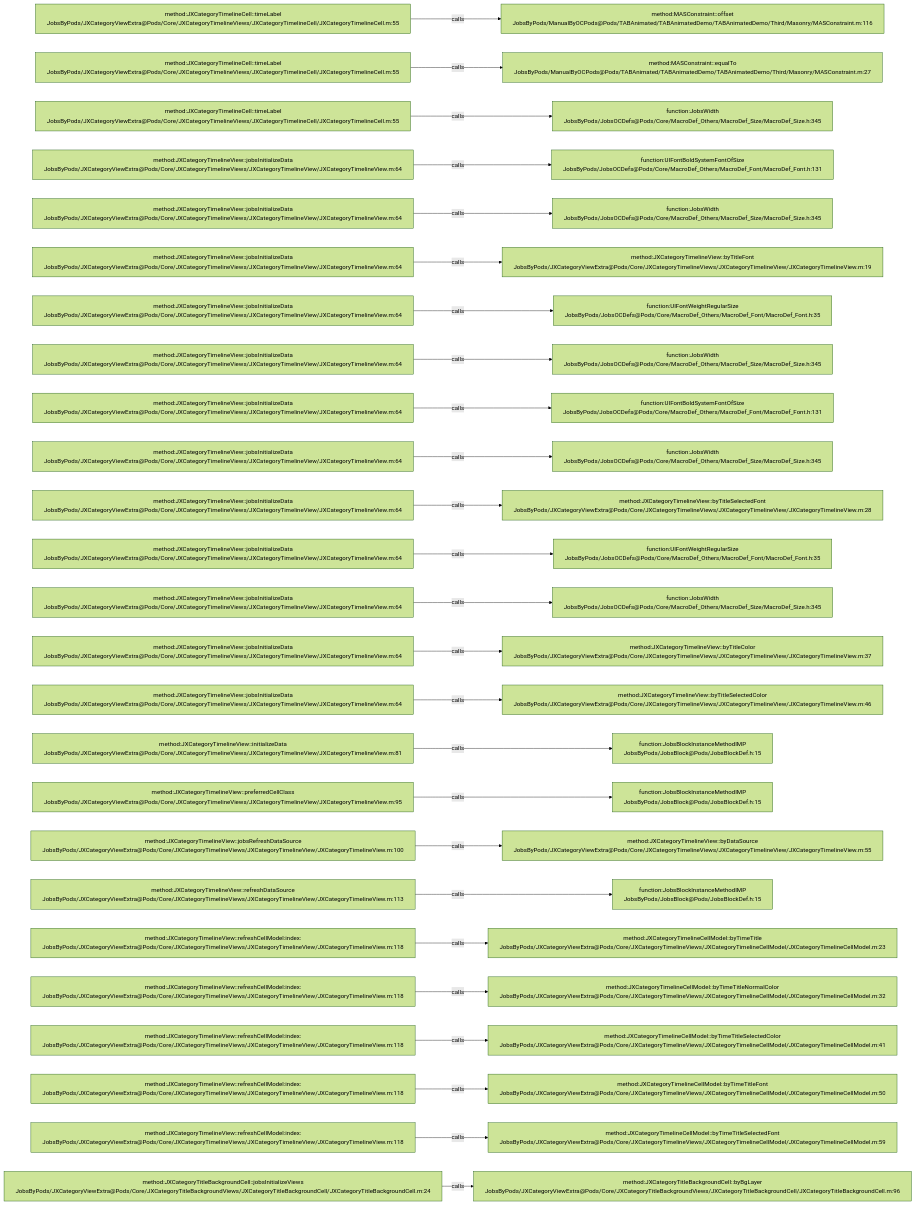
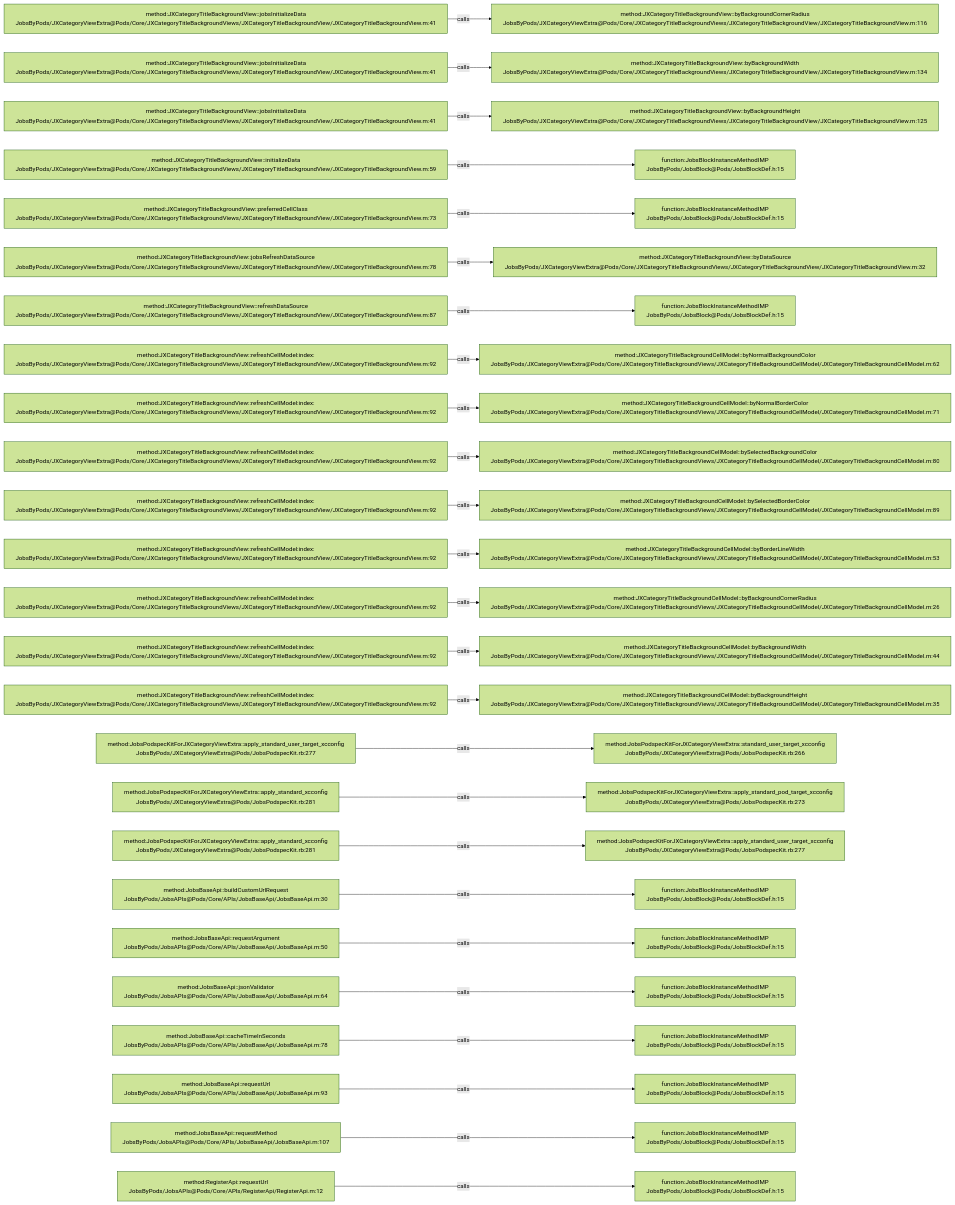
Before and after one commit to JobsKits/JobsOCBaseConfigDemo: the diagram in .codegraph/codegraph.md/graphs/calls-049.md, drawn with Mermaid (forest theme). The commit also changed 223 other files, not shown here.

````diff
--- a/.codegraph/codegraph.md/graphs/calls-049.md
+++ b/.codegraph/codegraph.md/graphs/calls-049.md
@@ -13,78 +13,78 @@
 ```mermaid
 flowchart LR
-  S1["method:JXCategoryTimelineCell::timeLabel<br/>JobsByPods/JXCategoryViewExtra@Pods/Core/JXCategoryTimelineViews/JXCategoryTimelineCell/JXCategoryTimelineCell.m:55"]
-  T1["method:MASConstraint::offset<br/>JobsByPods/ManualByOCPods@Pods/TABAnimated/TABAnimatedDemo/TABAnimatedDemo/Third/Masonry/MASConstraint.m:116"]
+  S1["method:JXCategoryTitleBackgroundView::jobsInitializeData<br/>JobsByPods/JXCategoryViewExtra@Pods/Core/JXCategoryTitleBackgroundViews/JXCategoryTitleBackgroundView/JXCategoryTitleBackgroundView.m:41"]
+  T1["method:JXCategoryTitleBackgroundView::byBackgroundCornerRadius<br/>JobsByPods/JXCategoryViewExtra@Pods/Core/JXCategoryTitleBackgroundViews/JXCategoryTitleBackgroundView/JXCategoryTitleBackgroundView.m:116"]
   S1 -->|calls| T1
-  S2["method:JXCategoryTimelineCell::timeLabel<br/>JobsByPods/JXCategoryViewExtra@Pods/Core/JXCategoryTimelineViews/JXCategoryTimelineCell/JXCategoryTimelineCell.m:55"]
-  T2["method:MASConstraint::equalTo<br/>JobsByPods/ManualByOCPods@Pods/TABAnimated/TABAnimatedDemo/TABAnimatedDemo/Third/Masonry/MASConstraint.m:27"]
+  S2["method:JXCategoryTitleBackgroundView::jobsInitializeData<br/>JobsByPods/JXCategoryViewExtra@Pods/Core/JXCategoryTitleBackgroundViews/JXCategoryTitleBackgroundView/JXCategoryTitleBackgroundView.m:41"]
+  T2["method:JXCategoryTitleBackgroundView::byBackgroundWidth<br/>JobsByPods/JXCategoryViewExtra@Pods/Core/JXCategoryTitleBackgroundViews/JXCategoryTitleBackgroundView/JXCategoryTitleBackgroundView.m:134"]
   S2 -->|calls| T2
-  S3["method:JXCategoryTimelineCell::timeLabel<br/>JobsByPods/JXCategoryViewExtra@Pods/Core/JXCategoryTimelineViews/JXCategoryTimelineCell/JXCategoryTimelineCell.m:55"]
-  T3["function:JobsWidth<br/>JobsByPods/JobsOCDefs@Pods/Core/MacroDef_Others/MacroDef_Size/MacroDef_Size.h:345"]
+  S3["method:JXCategoryTitleBackgroundView::jobsInitializeData<br/>JobsByPods/JXCategoryViewExtra@Pods/Core/JXCategoryTitleBackgroundViews/JXCategoryTitleBackgroundView/JXCategoryTitleBackgroundView.m:41"]
+  T3["method:JXCategoryTitleBackgroundView::byBackgroundHeight<br/>JobsByPods/JXCategoryViewExtra@Pods/Core/JXCategoryTitleBackgroundViews/JXCategoryTitleBackgroundView/JXCategoryTitleBackgroundView.m:125"]
   S3 -->|calls| T3
-  S4["method:JXCategoryTimelineView::jobsInitializeData<br/>JobsByPods/JXCategoryViewExtra@Pods/Core/JXCategoryTimelineViews/JXCategoryTimelineView/JXCategoryTimelineView.m:64"]
-  T4["function:UIFontBoldSystemFontOfSize<br/>JobsByPods/JobsOCDefs@Pods/Core/MacroDef_Others/MacroDef_Font/MacroDef_Font.h:131"]
+  S4["method:JXCategoryTitleBackgroundView::initializeData<br/>JobsByPods/JXCategoryViewExtra@Pods/Core/JXCategoryTitleBackgroundViews/JXCategoryTitleBackgroundView/JXCategoryTitleBackgroundView.m:59"]
+  T4["function:JobsBlockInstanceMethodIMP<br/>JobsByPods/JobsBlock@Pods/JobsBlockDef.h:15"]
   S4 -->|calls| T4
-  S5["method:JXCategoryTimelineView::jobsInitializeData<br/>JobsByPods/JXCategoryViewExtra@Pods/Core/JXCategoryTimelineViews/JXCategoryTimelineView/JXCategoryTimelineView.m:64"]
-  T5["function:JobsWidth<br/>JobsByPods/JobsOCDefs@Pods/Core/MacroDef_Others/MacroDef_Size/MacroDef_Size.h:345"]
+  S5["method:JXCategoryTitleBackgroundView::preferredCellClass<br/>JobsByPods/JXCategoryViewExtra@Pods/Core/JXCategoryTitleBackgroundViews/JXCategoryTitleBackgroundView/JXCategoryTitleBackgroundView.m:73"]
+  T5["function:JobsBlockInstanceMethodIMP<br/>JobsByPods/JobsBlock@Pods/JobsBlockDef.h:15"]
   S5 -->|calls| T5
-  S6["method:JXCategoryTimelineView::jobsInitializeData<br/>JobsByPods/JXCategoryViewExtra@Pods/Core/JXCategoryTimelineViews/JXCategoryTimelineView/JXCategoryTimelineView.m:64"]
-  T6["method:JXCategoryTimelineView::byTitleFont<br/>JobsByPods/JXCategoryViewExtra@Pods/Core/JXCategoryTimelineViews/JXCategoryTimelineView/JXCategoryTimelineView.m:19"]
+  S6["method:JXCategoryTitleBackgroundView::jobsRefreshDataSource<br/>JobsByPods/JXCategoryViewExtra@Pods/Core/JXCategoryTitleBackgroundViews/JXCategoryTitleBackgroundView/JXCategoryTitleBackgroundView.m:78"]
+  T6["method:JXCategoryTitleBackgroundView::byDataSource<br/>JobsByPods/JXCategoryViewExtra@Pods/Core/JXCategoryTitleBackgroundViews/JXCategoryTitleBackgroundView/JXCategoryTitleBackgroundView.m:32"]
   S6 -->|calls| T6
-  S7["method:JXCategoryTimelineView::jobsInitializeData<br/>JobsByPods/JXCategoryViewExtra@Pods/Core/JXCategoryTimelineViews/JXCategoryTimelineView/JXCategoryTimelineView.m:64"]
-  T7["function:UIFontWeightRegularSize<br/>JobsByPods/JobsOCDefs@Pods/Core/MacroDef_Others/MacroDef_Font/MacroDef_Font.h:35"]
+  S7["method:JXCategoryTitleBackgroundView::refreshDataSource<br/>JobsByPods/JXCategoryViewExtra@Pods/Core/JXCategoryTitleBackgroundViews/JXCategoryTitleBackgroundView/JXCategoryTitleBackgroundView.m:87"]
+  T7["function:JobsBlockInstanceMethodIMP<br/>JobsByPods/JobsBlock@Pods/JobsBlockDef.h:15"]
   S7 -->|calls| T7
-  S8["method:JXCategoryTimelineView::jobsInitializeData<br/>JobsByPods/JXCategoryViewExtra@Pods/Core/JXCategoryTimelineViews/JXCategoryTimelineView/JXCategoryTimelineView.m:64"]
-  T8["function:JobsWidth<br/>JobsByPods/JobsOCDefs@Pods/Core/MacroDef_Others/MacroDef_Size/MacroDef_Size.h:345"]
+  S8["method:JXCategoryTitleBackgroundView::refreshCellModel:index:<br/>JobsByPods/JXCategoryViewExtra@Pods/Core/JXCategoryTitleBackgroundViews/JXCategoryTitleBackgroundView/JXCategoryTitleBackgroundView.m:92"]
+  T8["method:JXCategoryTitleBackgroundCellModel::byNormalBackgroundColor<br/>JobsByPods/JXCategoryViewExtra@Pods/Core/JXCategoryTitleBackgroundViews/JXCategoryTitleBackgroundCellModel/JXCategoryTitleBackgroundCellModel.m:62"]
   S8 -->|calls| T8
-  S9["method:JXCategoryTimelineView::jobsInitializeData<br/>JobsByPods/JXCategoryViewExtra@Pods/Core/JXCategoryTimelineViews/JXCategoryTimelineView/JXCategoryTimelineView.m:64"]
-  T9["function:UIFontBoldSystemFontOfSize<br/>JobsByPods/JobsOCDefs@Pods/Core/MacroDef_Others/MacroDef_Font/MacroDef_Font.h:131"]
+  S9["method:JXCategoryTitleBackgroundView::refreshCellModel:index:<br/>JobsByPods/JXCategoryViewExtra@Pods/Core/JXCategoryTitleBackgroundViews/JXCategoryTitleBackgroundView/JXCategoryTitleBackgroundView.m:92"]
+  T9["method:JXCategoryTitleBackgroundCellModel::byNormalBorderColor<br/>JobsByPods/JXCategoryViewExtra@Pods/Core/JXCategoryTitleBackgroundViews/JXCategoryTitleBackgroundCellModel/JXCategoryTitleBackgroundCellModel.m:71"]
   S9 -->|calls| T9
-  S10["method:JXCategoryTimelineView::jobsInitializeData<br/>JobsByPods/JXCategoryViewExtra@Pods/Core/JXCategoryTimelineViews/JXCategoryTimelineView/JXCategoryTimelineView.m:64"]
-  T10["function:JobsWidth<br/>JobsByPods/JobsOCDefs@Pods/Core/MacroDef_Others/MacroDef_Size/MacroDef_Size.h:345"]
+  S10["method:JXCategoryTitleBackgroundView::refreshCellModel:index:<br/>JobsByPods/JXCategoryViewExtra@Pods/Core/JXCategoryTitleBackgroundViews/JXCategoryTitleBackgroundView/JXCategoryTitleBackgroundView.m:92"]
+  T10["method:JXCategoryTitleBackgroundCellModel::bySelectedBackgroundColor<br/>JobsByPods/JXCategoryViewExtra@Pods/Core/JXCategoryTitleBackgroundViews/JXCategoryTitleBackgroundCellModel/JXCategoryTitleBackgroundCellModel.m:80"]
   S10 -->|calls| T10
-  S11["method:JXCategoryTimelineView::jobsInitializeData<br/>JobsByPods/JXCategoryViewExtra@Pods/Core/JXCategoryTimelineViews/JXCategoryTimelineView/JXCategoryTimelineView.m:64"]
-  T11["method:JXCategoryTimelineView::byTitleSelectedFont<br/>JobsByPods/JXCategoryViewExtra@Pods/Core/JXCategoryTimelineViews/JXCategoryTimelineView/JXCategoryTimelineView.m:28"]
+  S11["method:JXCategoryTitleBackgroundView::refreshCellModel:index:<br/>JobsByPods/JXCategoryViewExtra@Pods/Core/JXCategoryTitleBackgroundViews/JXCategoryTitleBackgroundView/JXCategoryTitleBackgroundView.m:92"]
+  T11["method:JXCategoryTitleBackgroundCellModel::bySelectedBorderColor<br/>JobsByPods/JXCategoryViewExtra@Pods/Core/JXCategoryTitleBackgroundViews/JXCategoryTitleBackgroundCellModel/JXCategoryTitleBackgroundCellModel.m:89"]
   S11 -->|calls| T11
-  S12["method:JXCategoryTimelineView::jobsInitializeData<br/>JobsByPods/JXCategoryViewExtra@Pods/Core/JXCategoryTimelineViews/JXCategoryTimelineView/JXCategoryTimelineView.m:64"]
-  T12["function:UIFontWeightRegularSize<br/>JobsByPods/JobsOCDefs@Pods/Core/MacroDef_Others/MacroDef_Font/MacroDef_Font.h:35"]
+  S12["method:JXCategoryTitleBackgroundView::refreshCellModel:index:<br/>JobsByPods/JXCategoryViewExtra@Pods/Core/JXCategoryTitleBackgroundViews/JXCategoryTitleBackgroundView/JXCategoryTitleBackgroundView.m:92"]
+  T12["method:JXCategoryTitleBackgroundCellModel::byBorderLineWidth<br/>JobsByPods/JXCategoryViewExtra@Pods/Core/JXCategoryTitleBackgroundViews/JXCategoryTitleBackgroundCellModel/JXCategoryTitleBackgroundCellModel.m:53"]
   S12 -->|calls| T12
-  S13["method:JXCategoryTimelineView::jobsInitializeData<br/>JobsByPods/JXCategoryViewExtra@Pods/Core/JXCategoryTimelineViews/JXCategoryTimelineView/JXCategoryTimelineView.m:64"]
-  T13["function:JobsWidth<br/>JobsByPods/JobsOCDefs@Pods/Core/MacroDef_Others/MacroDef_Size/MacroDef_Size.h:345"]
+  S13["method:JXCategoryTitleBackgroundView::refreshCellModel:index:<br/>JobsByPods/JXCategoryViewExtra@Pods/Core/JXCategoryTitleBackgroundViews/JXCategoryTitleBackgroundView/JXCategoryTitleBackgroundView.m:92"]
+  T13["method:JXCategoryTitleBackgroundCellModel::byBackgroundCornerRadius<br/>JobsByPods/JXCategoryViewExtra@Pods/Core/JXCategoryTitleBackgroundViews/JXCategoryTitleBackgroundCellModel/JXCategoryTitleBackgroundCellModel.m:26"]
   S13 -->|calls| T13
-  S14["method:JXCategoryTimelineView::jobsInitializeData<br/>JobsByPods/JXCategoryViewExtra@Pods/Core/JXCategoryTimelineViews/JXCategoryTimelineView/JXCategoryTimelineView.m:64"]
-  T14["method:JXCategoryTimelineView::byTitleColor<br/>JobsByPods/JXCategoryViewExtra@Pods/Core/JXCategoryTimelineViews/JXCategoryTimelineView/JXCategoryTimelineView.m:37"]
+  S14["method:JXCategoryTitleBackgroundView::refreshCellModel:index:<br/>JobsByPods/JXCategoryViewExtra@Pods/Core/JXCategoryTitleBackgroundViews/JXCategoryTitleBackgroundView/JXCategoryTitleBackgroundView.m:92"]
+  T14["method:JXCategoryTitleBackgroundCellModel::byBackgroundWidth<br/>JobsByPods/JXCategoryViewExtra@Pods/Core/JXCategoryTitleBackgroundViews/JXCategoryTitleBackgroundCellModel/JXCategoryTitleBackgroundCellModel.m:44"]
   S14 -->|calls| T14
-  S15["method:JXCategoryTimelineView::jobsInitializeData<br/>JobsByPods/JXCategoryViewExtra@Pods/Core/JXCategoryTimelineViews/JXCategoryTimelineView/JXCategoryTimelineView.m:64"]
-  T15["method:JXCategoryTimelineView::byTitleSelectedColor<br/>JobsByPods/JXCategoryViewExtra@Pods/Core/JXCategoryTimelineViews/JXCategoryTimelineView/JXCategoryTimelineView.m:46"]
+  S15["method:JXCategoryTitleBackgroundView::refreshCellModel:index:<br/>JobsByPods/JXCategoryViewExtra@Pods/Core/JXCategoryTitleBackgroundViews/JXCategoryTitleBackgroundView/JXCategoryTitleBackgroundView.m:92"]
+  T15["method:JXCategoryTitleBackgroundCellModel::byBackgroundHeight<br/>JobsByPods/JXCategoryViewExtra@Pods/Core/JXCategoryTitleBackgroundViews/JXCategoryTitleBackgroundCellModel/JXCategoryTitleBackgroundCellModel.m:35"]
   S15 -->|calls| T15
-  S16["method:JXCategoryTimelineView::initializeData<br/>JobsByPods/JXCategoryViewExtra@Pods/Core/JXCategoryTimelineViews/JXCategoryTimelineView/JXCategoryTimelineView.m:81"]
-  T16["function:JobsBlockInstanceMethodIMP<br/>JobsByPods/JobsBlock@Pods/JobsBlockDef.h:15"]
+  S16["method:JobsPodspecKitForJXCategoryViewExtra::apply_standard_user_target_xcconfig<br/>JobsByPods/JXCategoryViewExtra@Pods/JobsPodspecKit.rb:277"]
+  T16["method:JobsPodspecKitForJXCategoryViewExtra::standard_user_target_xcconfig<br/>JobsByPods/JXCategoryViewExtra@Pods/JobsPodspecKit.rb:266"]
   S16 -->|calls| T16
-  S17["method:JXCategoryTimelineView::preferredCellClass<br/>JobsByPods/JXCategoryViewExtra@Pods/Core/JXCategoryTimelineViews/JXCategoryTimelineView/JXCategoryTimelineView.m:95"]
-  T17["function:JobsBlockInstanceMethodIMP<br/>JobsByPods/JobsBlock@Pods/JobsBlockDef.h:15"]
+  S17["method:JobsPodspecKitForJXCategoryViewExtra::apply_standard_xcconfig<br/>JobsByPods/JXCategoryViewExtra@Pods/JobsPodspecKit.rb:281"]
+  T17["method:JobsPodspecKitForJXCategoryViewExtra::apply_standard_pod_target_xcconfig<br/>JobsByPods/JXCategoryViewExtra@Pods/JobsPodspecKit.rb:273"]
   S17 -->|calls| T17
-  S18["method:JXCategoryTimelineView::jobsRefreshDataSource<br/>JobsByPods/JXCategoryViewExtra@Pods/Core/JXCategoryTimelineViews/JXCategoryTimelineView/JXCategoryTimelineView.m:100"]
-  T18["method:JXCategoryTimelineView::byDataSource<br/>JobsByPods/JXCategoryViewExtra@Pods/Core/JXCategoryTimelineViews/JXCategoryTimelineView/JXCategoryTimelineView.m:55"]
+  S18["method:JobsPodspecKitForJXCategoryViewExtra::apply_standard_xcconfig<br/>JobsByPods/JXCategoryViewExtra@Pods/JobsPodspecKit.rb:281"]
+  T18["method:JobsPodspecKitForJXCategoryViewExtra::apply_standard_user_target_xcconfig<br/>JobsByPods/JXCategoryViewExtra@Pods/JobsPodspecKit.rb:277"]
   S18 -->|calls| T18
-  S19["method:JXCategoryTimelineView::refreshDataSource<br/>JobsByPods/JXCategoryViewExtra@Pods/Core/JXCategoryTimelineViews/JXCategoryTimelineView/JXCategoryTimelineView.m:113"]
+  S19["method:JobsBaseApi::buildCustomUrlRequest<br/>JobsByPods/JobsAPIs@Pods/Core/APIs/JobsBaseApi/JobsBaseApi.m:30"]
   T19["function:JobsBlockInstanceMethodIMP<br/>JobsByPods/JobsBlock@Pods/JobsBlockDef.h:15"]
   S19 -->|calls| T19
-  S20["method:JXCategoryTimelineView::refreshCellModel:index:<br/>JobsByPods/JXCategoryViewExtra@Pods/Core/JXCategoryTimelineViews/JXCategoryTimelineView/JXCategoryTimelineView.m:118"]
-  T20["method:JXCategoryTimelineCellModel::byTimeTitle<br/>JobsByPods/JXCategoryViewExtra@Pods/Core/JXCategoryTimelineViews/JXCategoryTimelineCellModel/JXCategoryTimelineCellModel.m:23"]
+  S20["method:JobsBaseApi::requestArgument<br/>JobsByPods/JobsAPIs@Pods/Core/APIs/JobsBaseApi/JobsBaseApi.m:50"]
+  T20["function:JobsBlockInstanceMethodIMP<br/>JobsByPods/JobsBlock@Pods/JobsBlockDef.h:15"]
   S20 -->|calls| T20
-  S21["method:JXCategoryTimelineView::refreshCellModel:index:<br/>JobsByPods/JXCategoryViewExtra@Pods/Core/JXCategoryTimelineViews/JXCategoryTimelineView/JXCategoryTimelineView.m:118"]
-  T21["method:JXCategoryTimelineCellModel::byTimeTitleNormalColor<br/>JobsByPods/JXCategoryViewExtra@Pods/Core/JXCategoryTimelineViews/JXCategoryTimelineCellModel/JXCategoryTimelineCellModel.m:32"]
+  S21["method:JobsBaseApi::jsonValidator<br/>JobsByPods/JobsAPIs@Pods/Core/APIs/JobsBaseApi/JobsBaseApi.m:64"]
+  T21["function:JobsBlockInstanceMethodIMP<br/>JobsByPods/JobsBlock@Pods/JobsBlockDef.h:15"]
   S21 -->|calls| T21
-  S22["method:JXCategoryTimelineView::refreshCellModel:index:<br/>JobsByPods/JXCategoryViewExtra@Pods/Core/JXCategoryTimelineViews/JXCategoryTimelineView/JXCategoryTimelineView.m:118"]
-  T22["method:JXCategoryTimelineCellModel::byTimeTitleSelectedColor<br/>JobsByPods/JXCategoryViewExtra@Pods/Core/JXCategoryTimelineViews/JXCategoryTimelineCellModel/JXCategoryTimelineCellModel.m:41"]
+  S22["method:JobsBaseApi::cacheTimeInSeconds<br/>JobsByPods/JobsAPIs@Pods/Core/APIs/JobsBaseApi/JobsBaseApi.m:78"]
+  T22["function:JobsBlockInstanceMethodIMP<br/>JobsByPods/JobsBlock@Pods/JobsBlockDef.h:15"]
   S22 -->|calls| T22
-  S23["method:JXCategoryTimelineView::refreshCellModel:index:<br/>JobsByPods/JXCategoryViewExtra@Pods/Core/JXCategoryTimelineViews/JXCategoryTimelineView/JXCategoryTimelineView.m:118"]
-  T23["method:JXCategoryTimelineCellModel::byTimeTitleFont<br/>JobsByPods/JXCategoryViewExtra@Pods/Core/JXCategoryTimelineViews/JXCategoryTimelineCellModel/JXCategoryTimelineCellModel.m:50"]
+  S23["method:JobsBaseApi::requestUrl<br/>JobsByPods/JobsAPIs@Pods/Core/APIs/JobsBaseApi/JobsBaseApi.m:93"]
+  T23["function:JobsBlockInstanceMethodIMP<br/>JobsByPods/JobsBlock@Pods/JobsBlockDef.h:15"]
   S23 -->|calls| T23
-  S24["method:JXCategoryTimelineView::refreshCellModel:index:<br/>JobsByPods/JXCategoryViewExtra@Pods/Core/JXCategoryTimelineViews/JXCategoryTimelineView/JXCategoryTimelineView.m:118"]
-  T24["method:JXCategoryTimelineCellModel::byTimeTitleSelectedFont<br/>JobsByPods/JXCategoryViewExtra@Pods/Core/JXCategoryTimelineViews/JXCategoryTimelineCellModel/JXCategoryTimelineCellModel.m:59"]
+  S24["method:JobsBaseApi::requestMethod<br/>JobsByPods/JobsAPIs@Pods/Core/APIs/JobsBaseApi/JobsBaseApi.m:107"]
+  T24["function:JobsBlockInstanceMethodIMP<br/>JobsByPods/JobsBlock@Pods/JobsBlockDef.h:15"]
   S24 -->|calls| T24
-  S25["method:JXCategoryTitleBackgroundCell::jobsInitializeViews<br/>JobsByPods/JXCategoryViewExtra@Pods/Core/JXCategoryTitleBackgroundViews/JXCategoryTitleBackgroundCell/JXCategoryTitleBackgroundCell.m:24"]
-  T25["method:JXCategoryTitleBackgroundCell::byBgLayer<br/>JobsByPods/JXCategoryViewExtra@Pods/Core/JXCategoryTitleBackgroundViews/JXCategoryTitleBackgroundCell/JXCategoryTitleBackgroundCell.m:96"]
+  S25["method:RegisterApi::requestUrl<br/>JobsByPods/JobsAPIs@Pods/Core/APIs/RegisterApi/RegisterApi.m:12"]
+  T25["function:JobsBlockInstanceMethodIMP<br/>JobsByPods/JobsBlock@Pods/JobsBlockDef.h:15"]
   S25 -->|calls| T25
 ```
````
